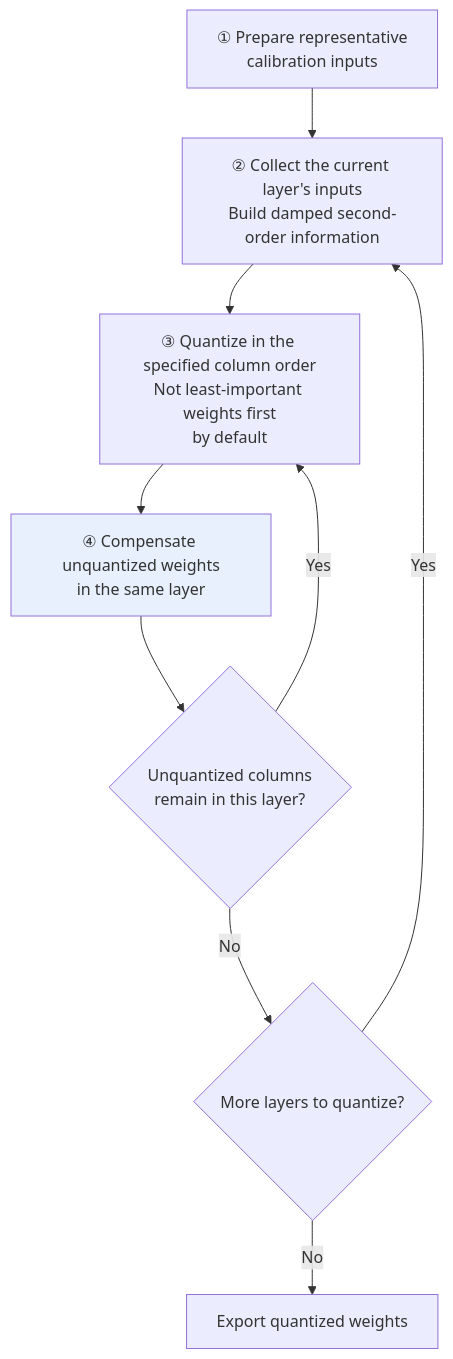
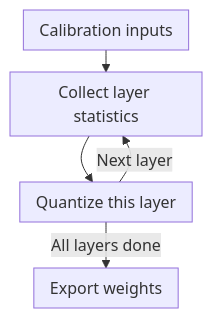
The second of 3 diagrams in docs/llm/03-inference-serving/15-quantization.md (zongyangbigpolo/awesome-ai-roadmap), drawn with Mermaid before and after one commit. The commit also changed other lines of this file and 320 other files, not shown here.

First line of the commit message:
Prepare compact bilingual diagrams and centralized references for Kindle RC2

````diff
--- a/docs/llm/03-inference-serving/15-quantization.md
+++ b/docs/llm/03-inference-serving/15-quantization.md
@@ -204,14 +205,8 @@
 ```mermaid
+%%{init: {"flowchart": {"nodeSpacing": 16, "rankSpacing": 22, "padding": 8, "wrappingWidth": 160}}}%%
 flowchart TB
-    S1["① Prepare representative<br/>calibration inputs"]
-    S1 --> S2["② Collect the current layer's inputs<br/>Build damped second-order information"]
-    S2 --> S3["③ Quantize in the specified column order<br/>Not least-important weights first<br/>by default"]
-    S3 --> S4["④ Compensate unquantized weights<br/>in the same layer"]
-    S4 --> MORE{"Unquantized columns<br/>remain in this layer?"}
-    MORE -->|Yes| S3
-    MORE -->|No| NEXT{"More layers to quantize?"}
-    NEXT -->|Yes| S2
-    NEXT -->|No| DONE["Export quantized weights"]
-
-    style S4 fill:#e8f0fe
+    S1["Calibration inputs"] --> S2["Collect layer statistics"]
+    S2 --> S3["Quantize this layer"]
+    S3 -->|Next layer| S2
+    S3 -->|All layers done| DONE["Export weights"]
 ```
````
